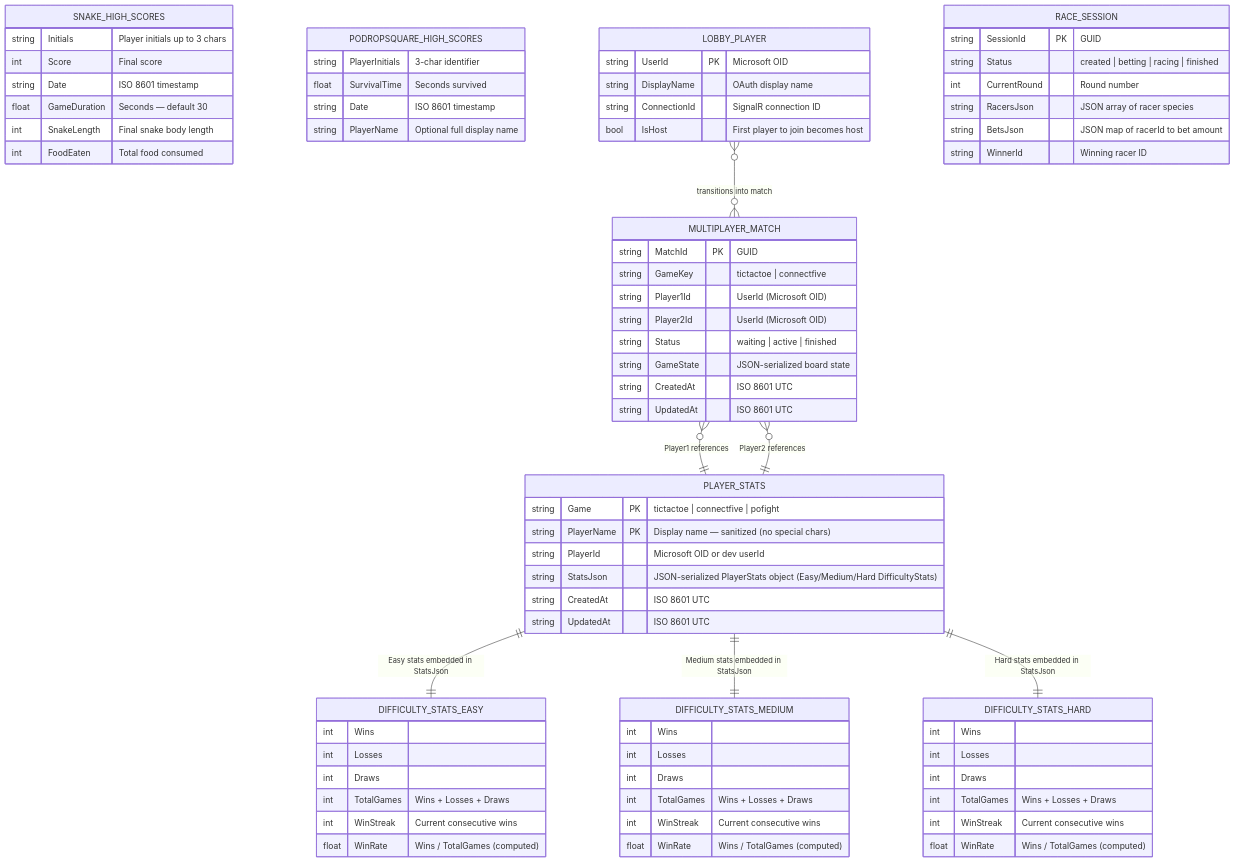
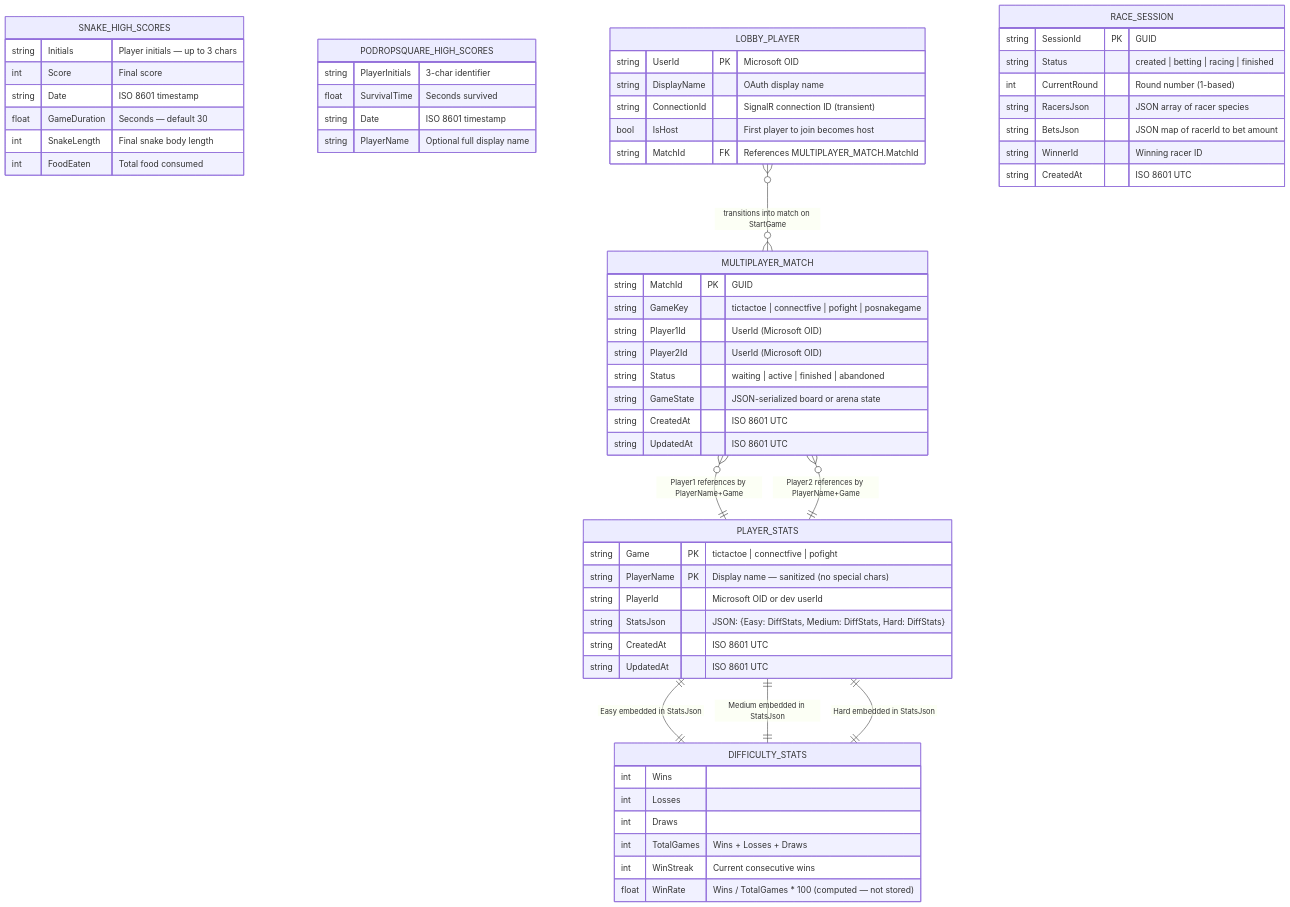
The diagram in docs/DataModel.mmd (punkouter26/PoMiniGames), drawn with Mermaid before and after one commit. The commit also changed 138 other files, not shown here.

Commit message:
feat: modernize architecture docs, add DiagPage, GameErrorBoundary, MultiPlayerSelectPage, EloCalculator, new infra layout, gitignore improvements, adhoc tests cleanup

```diff
--- a/docs/DataModel.mmd
+++ b/docs/DataModel.mmd
@@ -1,77 +1,64 @@
 erDiagram
     PLAYER_STATS {
         string Game PK "tictactoe | connectfive | pofight"
         string PlayerName PK "Display name — sanitized (no special chars)"
         string PlayerId "Microsoft OID or dev userId"
-        string StatsJson "JSON-serialized PlayerStats object (Easy/Medium/Hard DifficultyStats)"
+        string StatsJson "JSON: {Easy: DiffStats, Medium: DiffStats, Hard: DiffStats}"
         string CreatedAt "ISO 8601 UTC"
         string UpdatedAt "ISO 8601 UTC"
     }
-    DIFFICULTY_STATS_EASY {
+    DIFFICULTY_STATS {
         int Wins
         int Losses
         int Draws
         int TotalGames "Wins + Losses + Draws"
         int WinStreak "Current consecutive wins"
-        float WinRate "Wins / TotalGames (computed)"
-    }
-    DIFFICULTY_STATS_MEDIUM {
-        int Wins
-        int Losses
-        int Draws
-        int TotalGames "Wins + Losses + Draws"
-        int WinStreak "Current consecutive wins"
-        float WinRate "Wins / TotalGames (computed)"
-    }
-    DIFFICULTY_STATS_HARD {
-        int Wins
-        int Losses
-        int Draws
-        int TotalGames "Wins + Losses + Draws"
-        int WinStreak "Current consecutive wins"
-        float WinRate "Wins / TotalGames (computed)"
+        float WinRate "Wins / TotalGames * 100 (computed — not stored)"
     }
     SNAKE_HIGH_SCORES {
-        string Initials "Player initials up to 3 chars"
+        string Initials "Player initials — up to 3 chars"
         int Score "Final score"
         string Date "ISO 8601 timestamp"
         float GameDuration "Seconds — default 30"
         int SnakeLength "Final snake body length"
         int FoodEaten "Total food consumed"
     }
     PODROPSQUARE_HIGH_SCORES {
         string PlayerInitials "3-char identifier"
         float SurvivalTime "Seconds survived"
         string Date "ISO 8601 timestamp"
         string PlayerName "Optional full display name"
     }
     MULTIPLAYER_MATCH {
         string MatchId PK "GUID"
-        string GameKey "tictactoe | connectfive"
+        string GameKey "tictactoe | connectfive | pofight | posnakegame"
         string Player1Id "UserId (Microsoft OID)"
         string Player2Id "UserId (Microsoft OID)"
-        string Status "waiting | active | finished"
-        string GameState "JSON-serialized board state"
+        string Status "waiting | active | finished | abandoned"
+        string GameState "JSON-serialized board or arena state"
         string CreatedAt "ISO 8601 UTC"
         string UpdatedAt "ISO 8601 UTC"
     }
     LOBBY_PLAYER {
         string UserId PK "Microsoft OID"
         string DisplayName "OAuth display name"
-        string ConnectionId "SignalR connection ID"
+        string ConnectionId "SignalR connection ID (transient)"
         bool IsHost "First player to join becomes host"
+        string MatchId FK "References MULTIPLAYER_MATCH.MatchId"
     }
     RACE_SESSION {
         string SessionId PK "GUID"
         string Status "created | betting | racing | finished"
-        int CurrentRound "Round number"
+        int CurrentRound "Round number (1-based)"
         string RacersJson "JSON array of racer species"
         string BetsJson "JSON map of racerId to bet amount"
         string WinnerId "Winning racer ID"
+        string CreatedAt "ISO 8601 UTC"
     }
-    PLAYER_STATS ||--|| DIFFICULTY_STATS_EASY : "Easy stats embedded in StatsJson"
-    PLAYER_STATS ||--|| DIFFICULTY_STATS_MEDIUM : "Medium stats embedded in StatsJson"
-    PLAYER_STATS ||--|| DIFFICULTY_STATS_HARD : "Hard stats embedded in StatsJson"
-    MULTIPLAYER_MATCH }o--|| PLAYER_STATS : "Player1 references"
-    MULTIPLAYER_MATCH }o--|| PLAYER_STATS : "Player2 references"
-    LOBBY_PLAYER }o--o{ MULTIPLAYER_MATCH : "transitions into match"
+
+    PLAYER_STATS ||--|| DIFFICULTY_STATS : "Easy embedded in StatsJson"
+    PLAYER_STATS ||--|| DIFFICULTY_STATS : "Medium embedded in StatsJson"
+    PLAYER_STATS ||--|| DIFFICULTY_STATS : "Hard embedded in StatsJson"
+    MULTIPLAYER_MATCH }o--|| PLAYER_STATS : "Player1 references by PlayerName+Game"
+    MULTIPLAYER_MATCH }o--|| PLAYER_STATS : "Player2 references by PlayerName+Game"
+    LOBBY_PLAYER }o--o{ MULTIPLAYER_MATCH : "transitions into match on StartGame"
```
